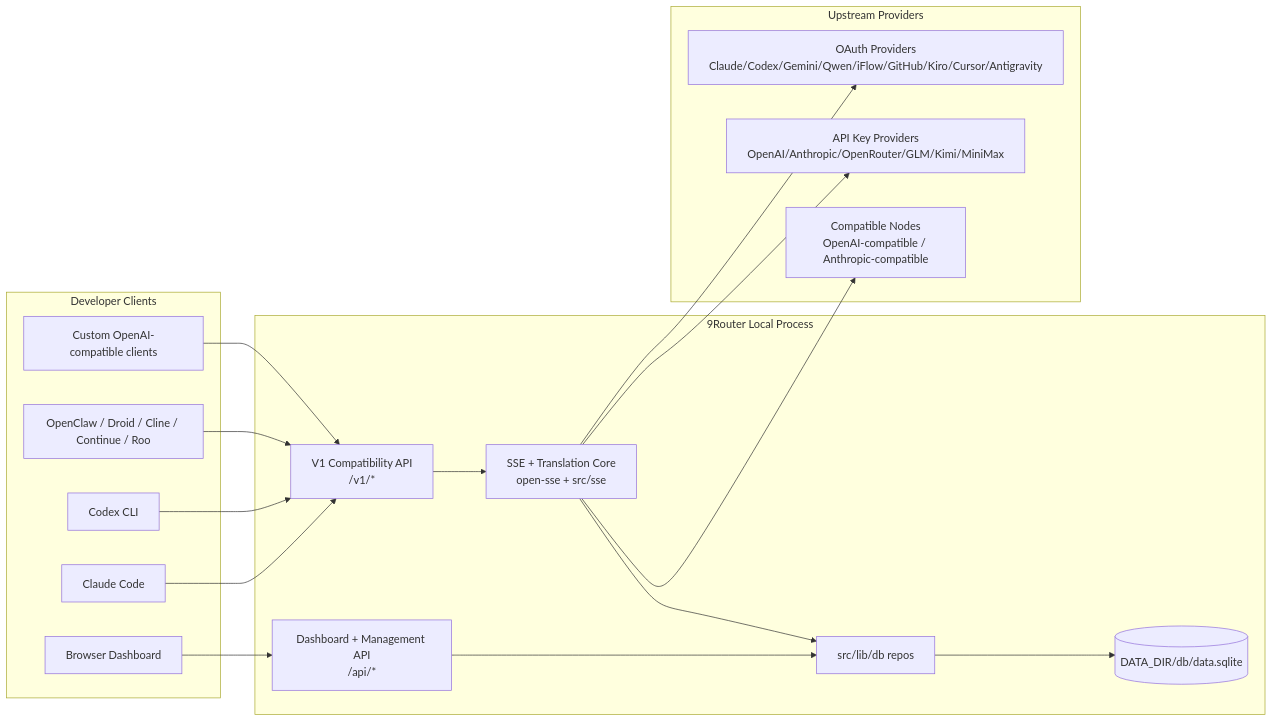
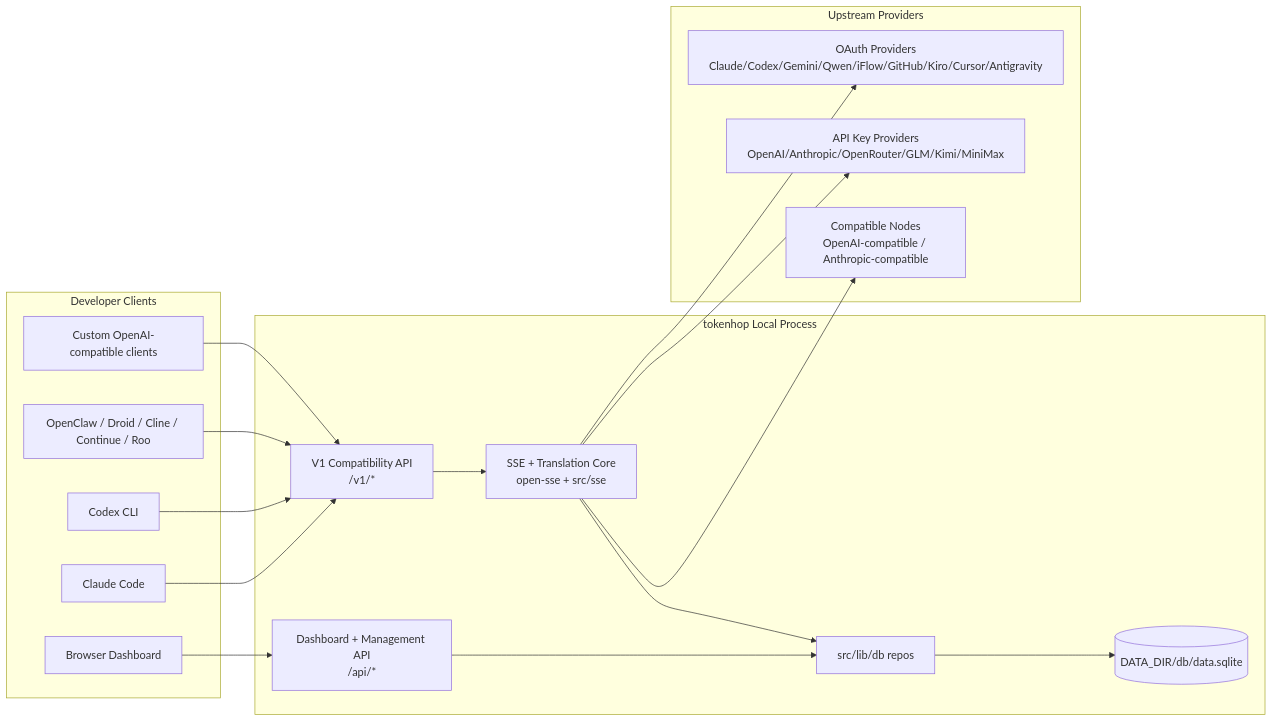
Before and after one commit to tokenhop/tokenhop: the first of 6 diagrams in docs/ARCHITECTURE.md, drawn with Mermaid. The commit also changed other lines of this file and 26 other files, not shown here.

````diff
--- a/docs/ARCHITECTURE.md
+++ b/docs/ARCHITECTURE.md
@@ -45,39 +45,39 @@
 ```mermaid
 flowchart LR
     subgraph Clients[Developer Clients]
         C1[Claude Code]
         C2[Codex CLI]
         C3[OpenClaw / Droid / Cline / Continue / Roo]
         C4[Custom OpenAI-compatible clients]
         BROWSER[Browser Dashboard]
     end
 
-    subgraph Router[9Router Local Process]
+    subgraph Router[tokenhop Local Process]
         API[V1 Compatibility API\n/v1/*]
         DASH[Dashboard + Management API\n/api/*]
         CORE[SSE + Translation Core\nopen-sse + src/sse]
         REPOS[src/lib/db repos]
         SQLITE[(DATA_DIR/db/data.sqlite)]
     end
 
     subgraph Upstreams[Upstream Providers]
         P1[OAuth Providers\nClaude/Codex/Gemini/Qwen/iFlow/GitHub/Kiro/Cursor/Antigravity]
         P2[API Key Providers\nOpenAI/Anthropic/OpenRouter/GLM/Kimi/MiniMax]
         P3[Compatible Nodes\nOpenAI-compatible / Anthropic-compatible]
     end
 
     C1 --> API
     C2 --> API
     C3 --> API
     C4 --> API
     BROWSER --> DASH
 
     API --> CORE
     DASH --> REPOS
     CORE --> REPOS
     REPOS --> SQLITE
 
     CORE --> P1
     CORE --> P2
     CORE --> P3
 ```
````
